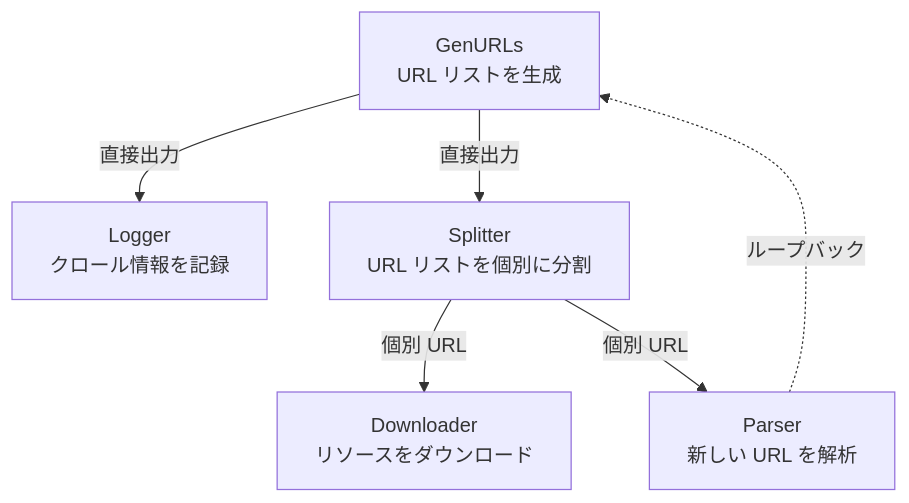
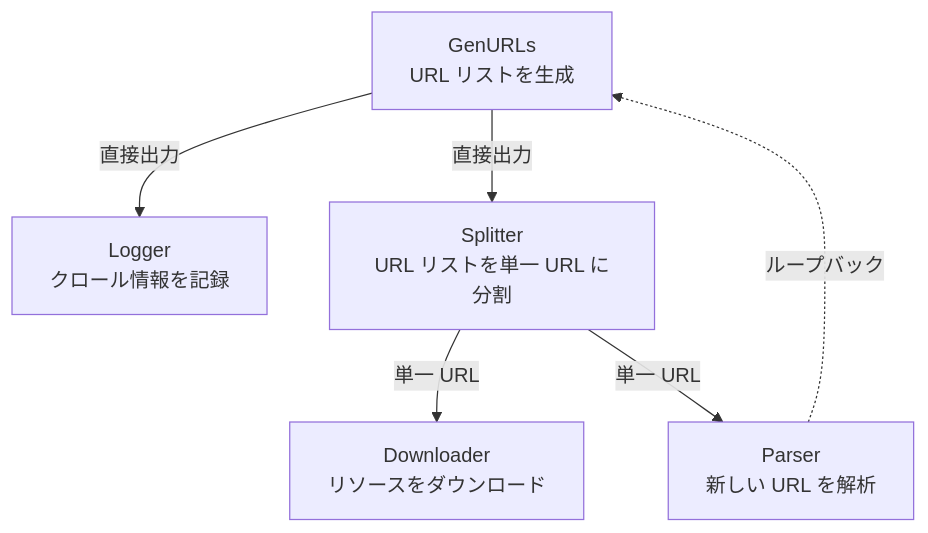
Before and after one commit to Mr-xiaotian/CelestialFlow: the first of 3 diagrams in docs/ja/demo/demo_stages.md, drawn with Mermaid. The commit also changed other lines of this file and 278 other files, not shown here.

````diff
--- a/docs/ja/demo/demo_stages.md
+++ b/docs/ja/demo/demo_stages.md
@@ -19,8 +14,8 @@
 ```mermaid
 flowchart TD
     GenURLs["GenURLs<br/>URL リストを生成"] -->|直接出力| Logger["Logger<br/>クロール情報を記録"]
-    GenURLs -->|直接出力| Splitter["Splitter<br/>URL リストを個別に分割"]
-    Splitter -->|個別 URL| Downloader["Downloader<br/>リソースをダウンロード"]
-    Splitter -->|個別 URL| Parser["Parser<br/>新しい URL を解析"]
+    GenURLs -->|直接出力| Splitter["Splitter<br/>URL リストを単一 URL に分割"]
+    Splitter -->|単一 URL| Downloader["Downloader<br/>リソースをダウンロード"]
+    Splitter -->|単一 URL| Parser["Parser<br/>新しい URL を解析"]
     Parser -.->|ループバック| GenURLs
 ```
````
